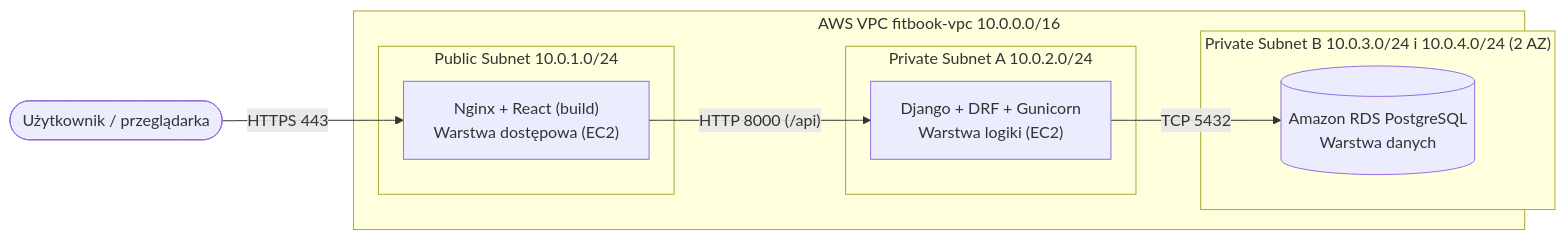
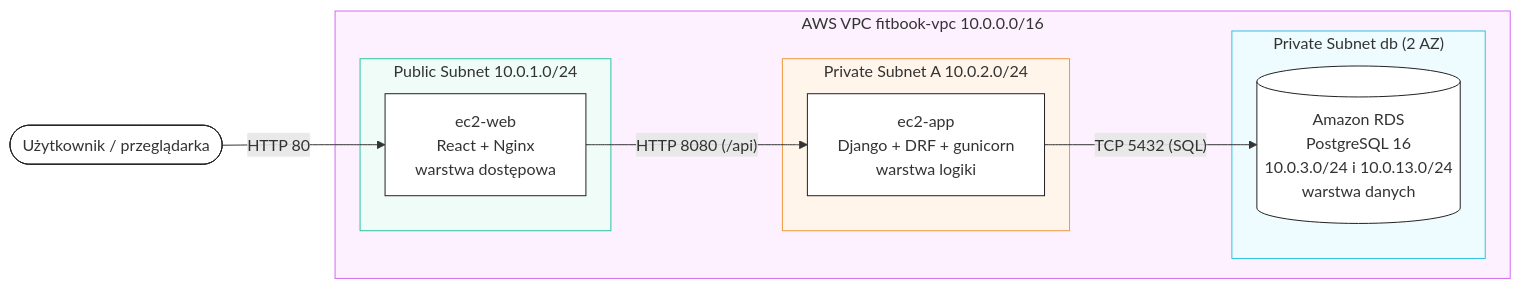
One commit to M1lachite/fitbook changed the diagram in docs/struktura.mmd. Above: the diagram before and after it, drawn with Mermaid. The commit also changed 2 other files, not shown here.

Commit message:
Block 6: update of files: README and architecture diagram

```diff
--- a/docs/struktura.mmd
+++ b/docs/struktura.mmd
@@ -1,15 +1,23 @@
 flowchart LR
-  U(["Użytkownik / przeglądarka"]) -- "HTTPS 443" --> WEB
+  U(["Użytkownik / przeglądarka"]) -- "HTTP 80" --> WEB
   subgraph VPC["AWS VPC fitbook-vpc 10.0.0.0/16"]
     subgraph PUB["Public Subnet 10.0.1.0/24"]
-      WEB["Nginx + React (build)<br/>Warstwa dostępowa (EC2)"]
+      WEB["ec2-web<br/>React + Nginx<br/>warstwa dostępowa"]
     end
     subgraph PRIVA["Private Subnet A 10.0.2.0/24"]
-      API["Django + DRF + Gunicorn<br/>Warstwa logiki (EC2)"]
+      API["ec2-app<br/>Django + DRF + gunicorn<br/>warstwa logiki"]
     end
-    subgraph PRIVB["Private Subnet B 10.0.3.0/24 i 10.0.4.0/24 (2 AZ)"]
-      DB[("Amazon RDS PostgreSQL<br/>Warstwa danych")]
+    subgraph PRIVB["Private Subnet db (2 AZ)"]
+      DB[("Amazon RDS<br/>PostgreSQL 16<br/>10.0.3.0/24 i 10.0.13.0/24<br/>warstwa danych")]
     end
   end
-  WEB -- "HTTP 8000 (/api)" --> API
-  API -- "TCP 5432" --> DB
+  WEB -- "HTTP 8080 (/api)" --> API
+  API -- "TCP 5432 (SQL)" --> DB
+  style VPC fill:#fdf0ff,stroke:#d36bf0
+  style PUB fill:#effcf8,stroke:#2ec4a0
+  style PRIVA fill:#fff5ea,stroke:#f09a3e
+  style PRIVB fill:#effcff,stroke:#2bc4e0
+  style WEB fill:#ffffff,stroke:#222
+  style API fill:#ffffff,stroke:#222
+  style DB fill:#ffffff,stroke:#222
+  style U fill:#ffffff,stroke:#222
```
